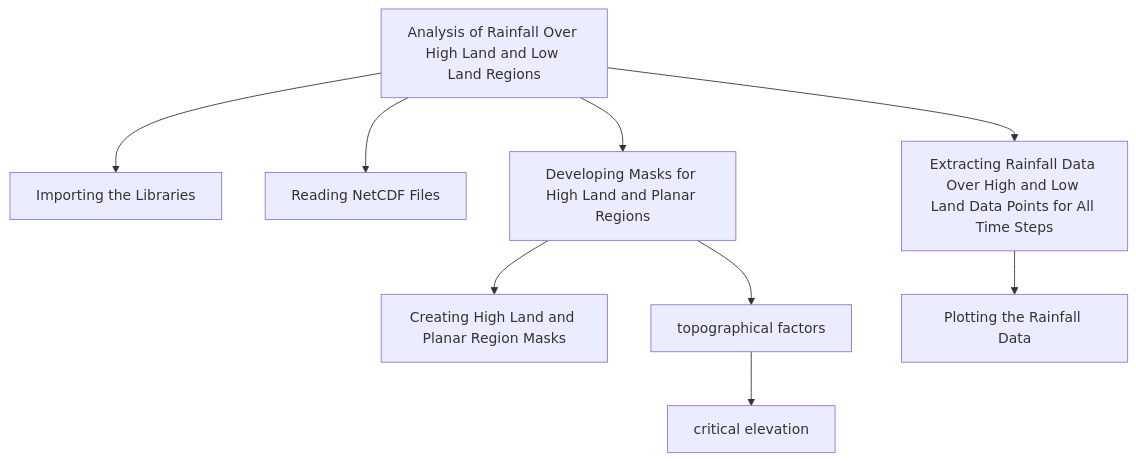
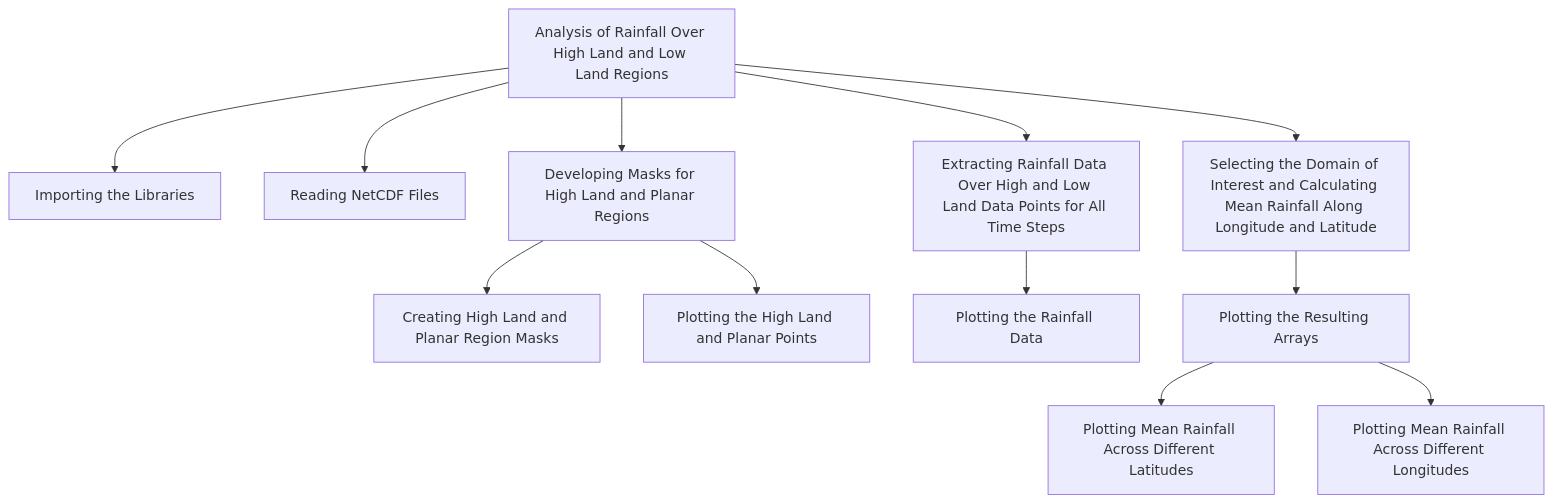
Before and after one commit to sputhiyamadam/PYRATES_workshop: the first of 2 diagrams in README.md, drawn with Mermaid. The commit also changed other lines of this file, not shown here.

````diff
--- a/README.md
+++ b/README.md
@@ -80,11 +80,14 @@
 ```mermaid
 graph TD;
     id1[Analysis of Rainfall Over High Land and Low Land Regions]-->id2[Importing the Libraries]
     id1[Analysis of Rainfall Over High Land and Low Land Regions]--> id3[Reading NetCDF Files]
     id1[Analysis of Rainfall Over High Land and Low Land Regions]--> id4[Developing Masks for High Land and Planar Regions]; 
     id4[Developing Masks for High Land and Planar Regions]-->id5[Creating High Land and Planar Region Masks]
     id4[Developing Masks for High Land and Planar Regions]-->id6[Plotting the High Land and Planar Points];
     
     id1[Analysis of Rainfall Over High Land and Low Land Regions]--> id7[Extracting Rainfall Data Over High and Low Land Data Points for All Time Steps]-->id8[Plotting the Rainfall Data];
-    id6[topographical factors]-->id9[critical elevation];  
+
+    id1[Analysis of Rainfall Over High Land and Low Land Regions]--> id9[Selecting the Domain of Interest and Calculating Mean Rainfall Along Longitude and Latitude]--> id10[Plotting the Resulting Arrays]
+    id10[Plotting the Resulting Arrays]--> id11[Plotting Mean Rainfall Across Different Latitudes]
+    id10[Plotting the Resulting Arrays]--> id12[Plotting Mean Rainfall Across Different Longitudes]
 ```
````
